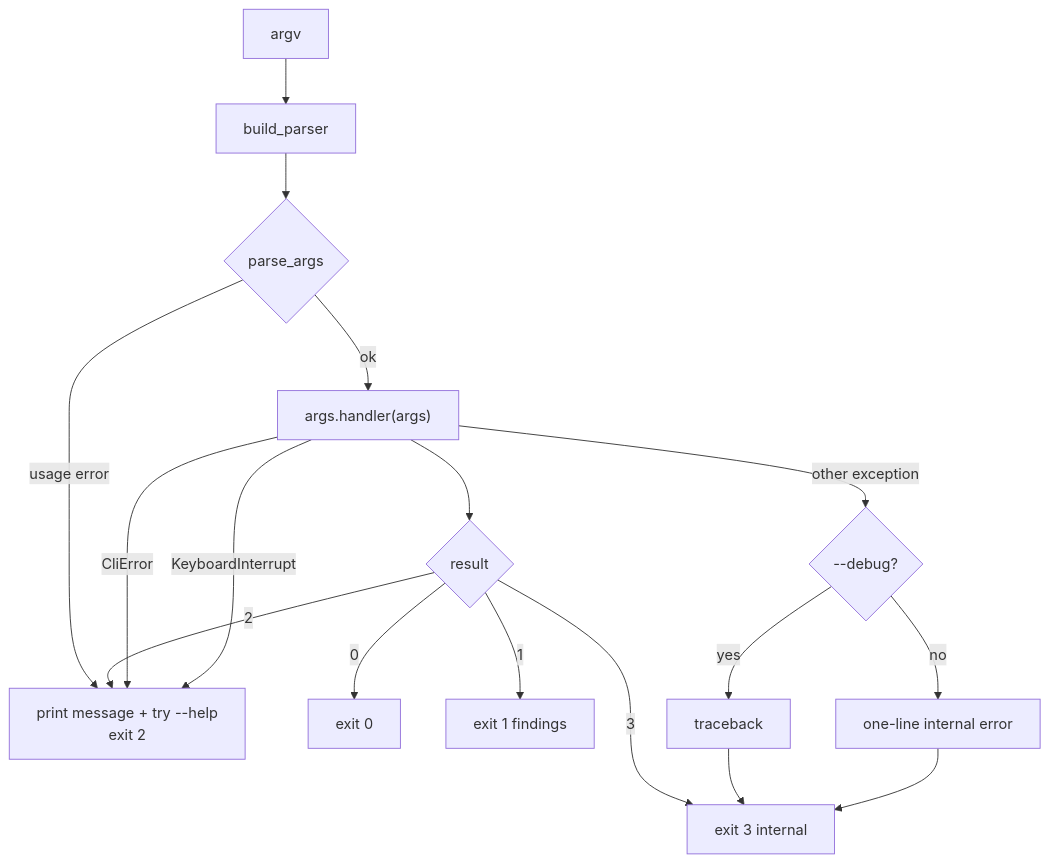
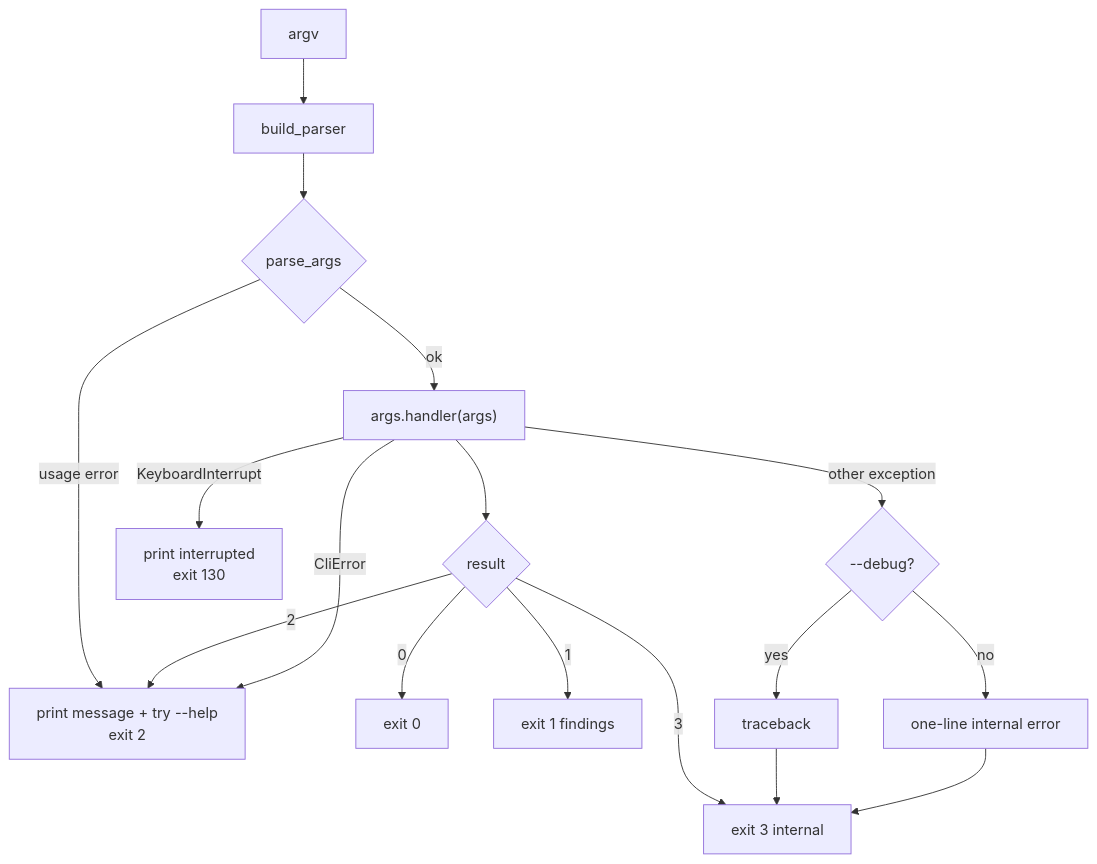
One commit to SorenHJohansen/sattline-parser changed the diagram in docs/cli.md. Above: the diagram before and after it, drawn with Mermaid. The commit also changed other lines of this file and 79 other files, not shown here.

````diff
--- a/docs/cli.md
+++ b/docs/cli.md
@@ -20,19 +20,19 @@
 ```mermaid
 flowchart TB
     A["argv"] --> B["build_parser"]
     B --> C{"parse_args"}
     C -->|usage error| U["print message + try --help<br/>exit 2"]
     C -->|ok| D["args.handler(args)"]
     D --> E{"result"}
     E -->|0| OK["exit 0"]
     E -->|1| F["exit 1 findings"]
     E -->|2| U
     E -->|3| I["exit 3 internal"]
     D -->|CliError| U
-    D -->|KeyboardInterrupt| U
+    D -->|KeyboardInterrupt| K["print interrupted<br/>exit 130"]
     D -->|other exception| X{"--debug?"}
     X -->|yes| T["traceback"]
     X -->|no| O["one-line internal error"]
     T --> I
     O --> I
 ```
````
